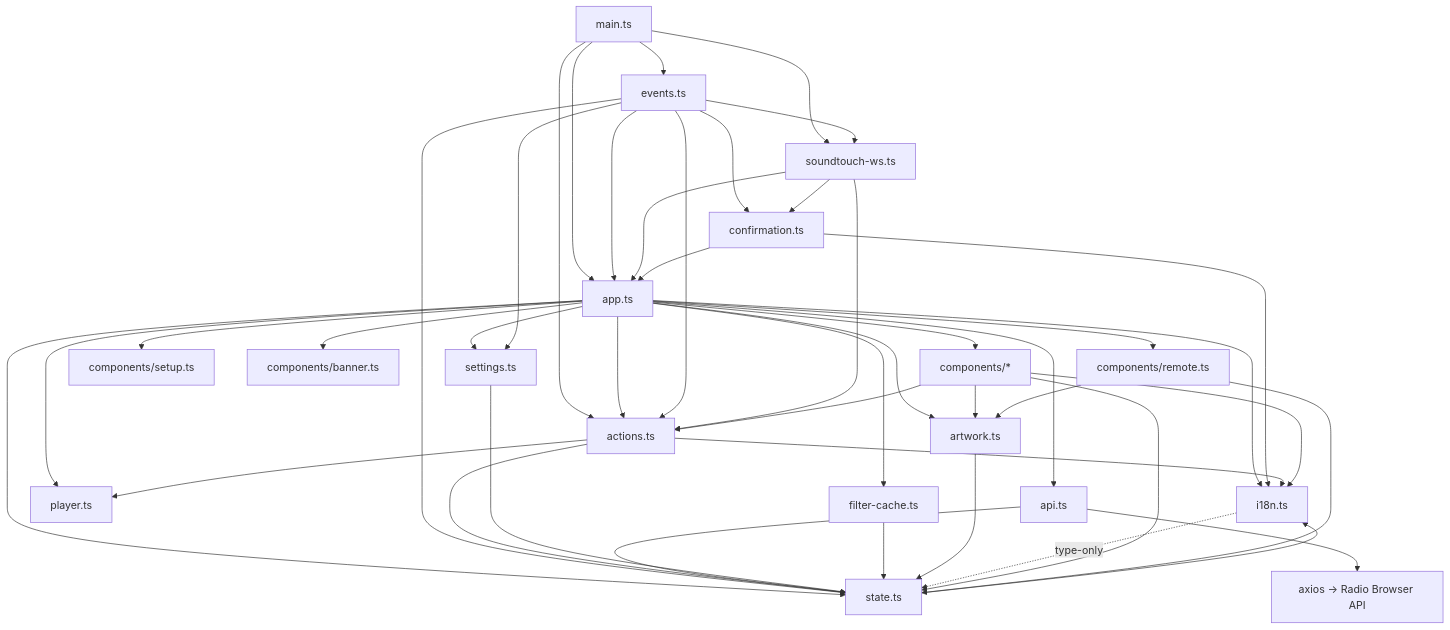
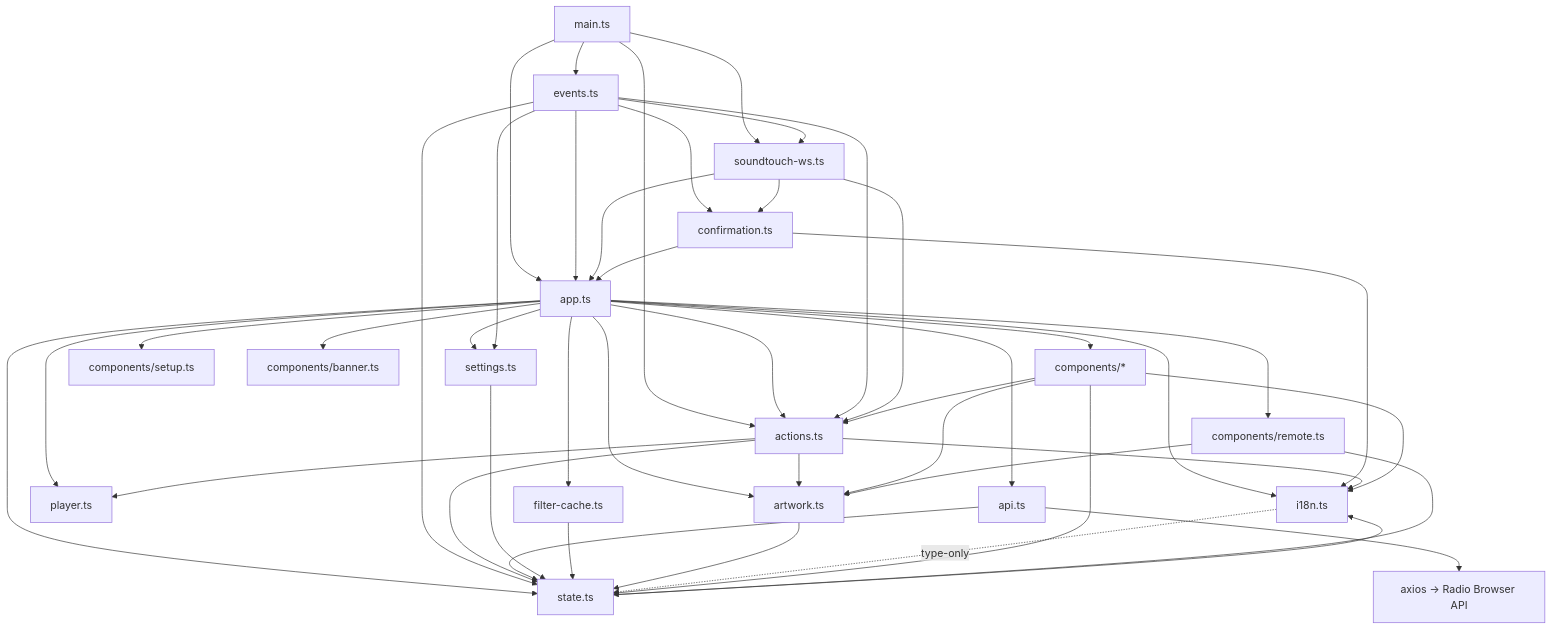
The diagram in ARCHITECTURE.md (Makatumba/after-touch-radio-browser), drawn with Mermaid before and after one commit. The commit also changed other lines of this file and 2 other files, not shown here.

````diff
--- a/ARCHITECTURE.md
+++ b/ARCHITECTURE.md
@@ -87,46 +87,47 @@
 ```mermaid
 graph TD
     MAIN[main.ts] --> APP[app.ts]
     MAIN --> EVT[events.ts]
     MAIN --> ACT[actions.ts]
     MAIN --> WS[soundtouch-ws.ts]
     APP --> I18N[i18n.ts]
     APP --> ST[state.ts]
     APP --> PL[player.ts]
     APP --> API[api.ts]
     APP --> SET[settings.ts]
     APP --> FCACHE[filter-cache.ts]
     APP --> ART[artwork.ts]
     APP --> COMP[components/*]
     APP --> SETUP[components/setup.ts]
     APP --> BANNER[components/banner.ts]
     APP --> ACT
     APP --> REMOTE[components/remote.ts]
     EVT --> APP
     EVT --> ACT
     EVT --> SET
     EVT --> ST
     EVT --> WS
     WS --> APP
     WS --> ACT
     EVT --> CONF[confirmation.ts]
     WS --> CONF
     CONF --> APP
     CONF --> I18N
     ACT --> ST
     ACT --> I18N
     ACT --> PL
+    ACT --> ART
     API --> ST
     API --> AXIOS[axios → Radio Browser API]
     SET --> ST
     FCACHE --> ST
     ART --> ST
     ST --> I18N
     I18N -.-> |type-only| ST
     COMP --> ST
     COMP --> I18N
     COMP --> ACT
     COMP --> ART
     REMOTE --> ST
     REMOTE --> ART
 ```
````
